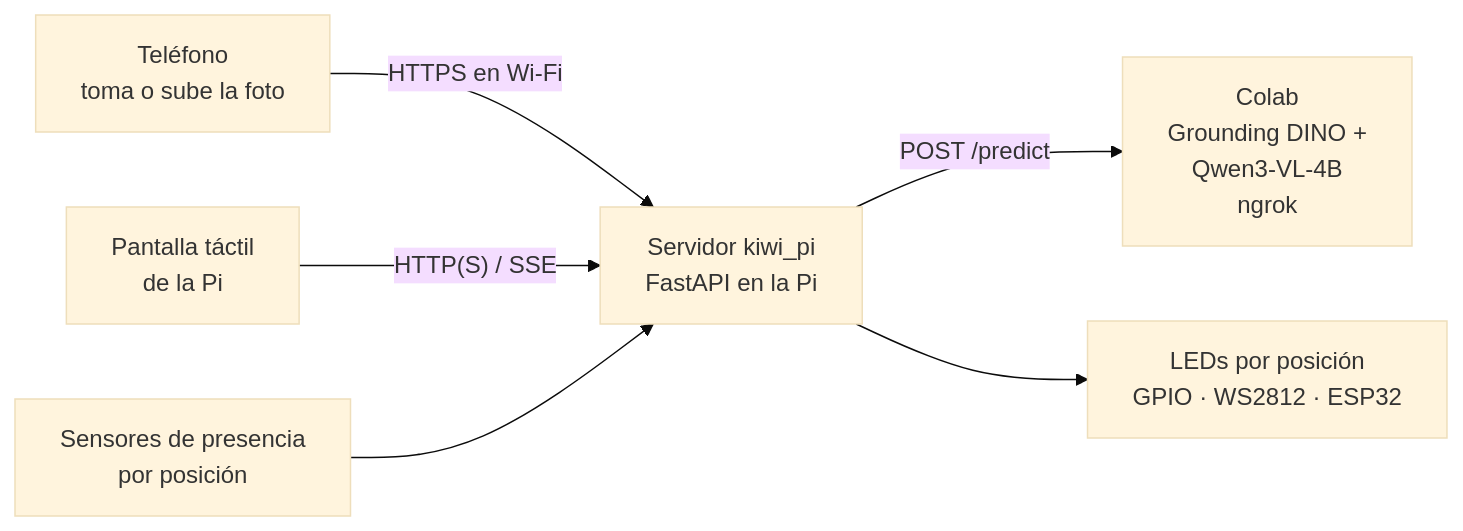
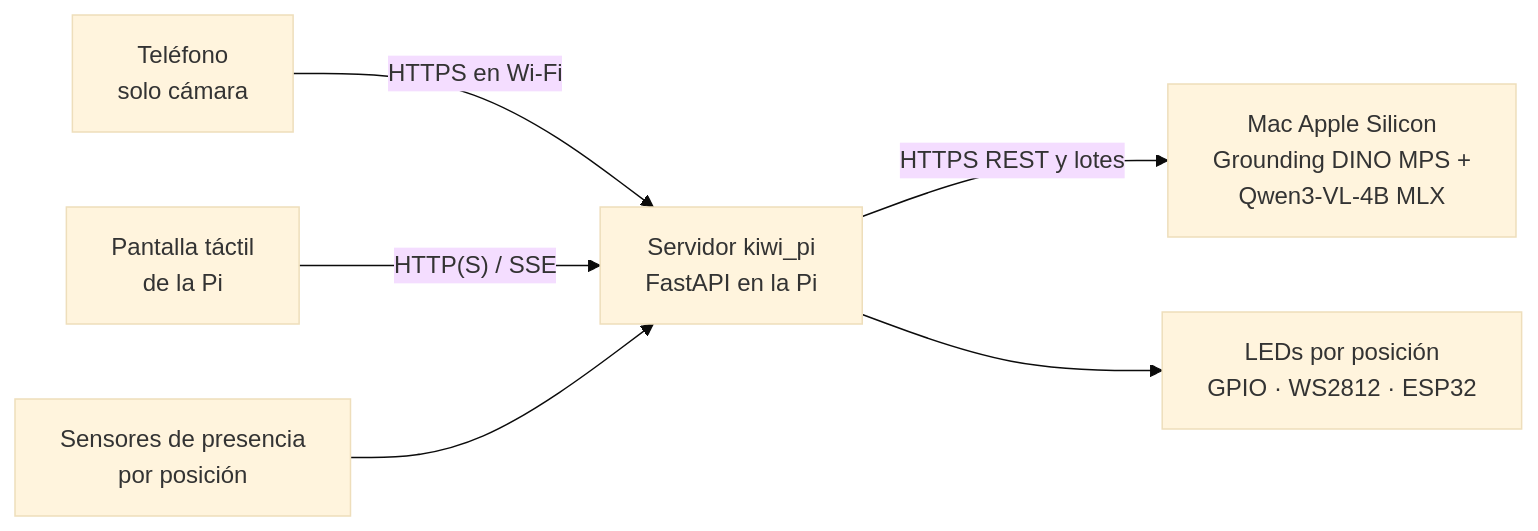
One commit to fcanas574/kiwi changed the diagram in pi/README.md. Above: the diagram before and after it, drawn with Mermaid (base theme). The commit also changed other lines of this file and 53 other files, not shown here.

Commit message:
Run Kiwi locally on Mac with Raspberry webcam station

````diff
--- a/pi/README.md
+++ b/pi/README.md
@@ -5,8 +5,8 @@
 ```mermaid
 flowchart LR
-    T[Teléfono<br>toma o sube la foto] -- HTTPS en Wi-Fi --> S[Servidor kiwi_pi<br>FastAPI en la Pi]
+    T[Teléfono<br>solo cámara] -- HTTPS en Wi-Fi --> S[Servidor kiwi_pi<br>FastAPI en la Pi]
     U[Pantalla táctil<br>de la Pi] -- HTTP(S) / SSE --> S
-    S -- POST /predict --> A[Colab<br>Grounding DINO +<br>Qwen3-VL-4B<br>ngrok]
+    S -- HTTPS REST y lotes --> A[Mac Apple Silicon<br>Grounding DINO MPS +<br>Qwen3-VL-4B MLX]
     S --> L[LEDs por posición<br>GPIO · WS2812 · ESP32]
     P[Sensores de presencia<br>por posición] --> S
 ```
````
